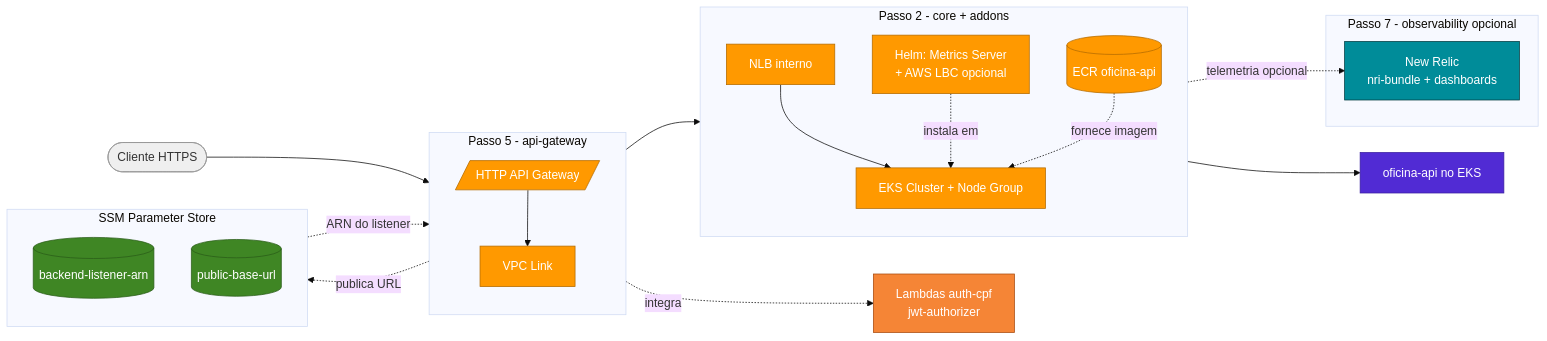
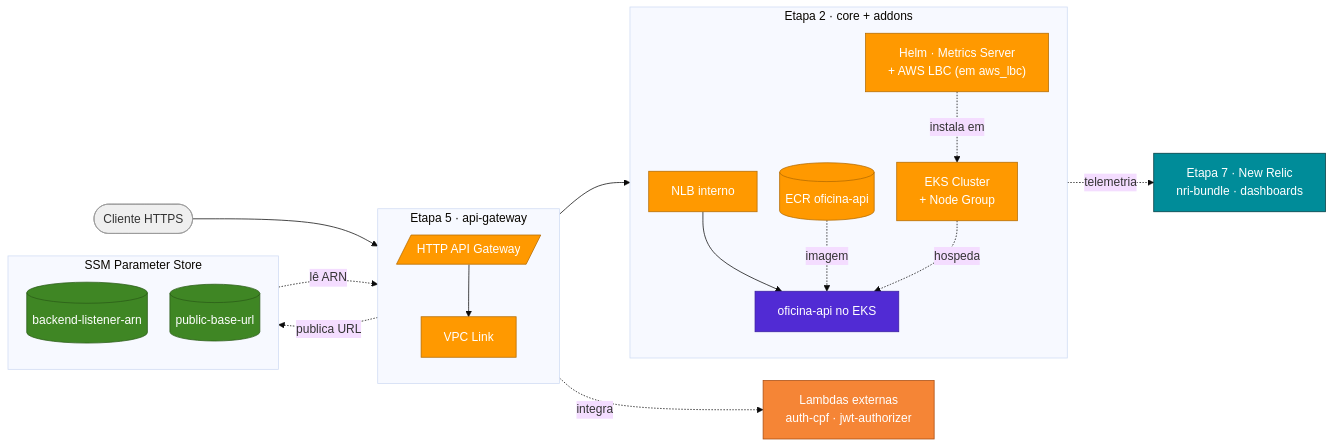
Before and after one commit to fabianorodrigues/oficina-infra-k8s: the second of 2 diagrams in README.md, drawn with Mermaid (base theme). The commit also changed other lines of this file, not shown here.

````diff
--- a/README.md
+++ b/README.md
@@ -104,50 +103,46 @@
 ```mermaid
+%%{init: {"flowchart": {"nodeSpacing": 30, "rankSpacing": 45}} }%%
 flowchart LR
     classDef k8s   fill:#FF9900,color:#fff,stroke:#B36B00
     classDef store fill:#3F8624,color:#fff,stroke:#2A5C18
     classDef obs   fill:#008C99,color:#fff,stroke:#003B40
     classDef api   fill:#512BD4,color:#fff,stroke:#3A1FA0
     classDef lmb   fill:#F58536,color:#fff,stroke:#A84B0F
     classDef ext   fill:#EFEFEF,color:#333,stroke:#999
 
     USER([Cliente HTTPS]):::ext
+    LMB["Lambdas externas<br/>auth-cpf · jwt-authorizer"]:::lmb
 
-    subgraph P5[Passo 5 - api-gateway]
+    subgraph P5["Etapa 5 · api-gateway"]
       direction TB
       HTTP[/HTTP API Gateway/]:::k8s
       VL[VPC Link]:::k8s
     end
 
-    subgraph P2[Passo 2 - core + addons]
+    subgraph P2["Etapa 2 · core + addons"]
       direction TB
-      EKS[EKS Cluster + Node Group]:::k8s
       ECR[(ECR oficina-api)]:::k8s
+      ADD["Helm · Metrics Server<br/>+ AWS LBC (em aws_lbc)"]:::k8s
+      EKS["EKS Cluster<br/>+ Node Group"]:::k8s
       NLB[NLB interno]:::k8s
-      ADD[Helm: Metrics Server<br/>+ AWS LBC opcional]:::k8s
+      API[oficina-api no EKS]:::api
     end
 
-    subgraph SSM[SSM Parameter Store]
+    subgraph SSM["SSM Parameter Store"]
       direction TB
       S1[(backend-listener-arn)]:::store
       S2[(public-base-url)]:::store
     end
 
-    API[oficina-api no EKS]:::api
-    LMB[Lambdas auth-cpf<br/>jwt-authorizer]:::lmb
-
-    subgraph P7[Passo 7 - observability opcional]
-      NR[New Relic<br/>nri-bundle + dashboards]:::obs
-    end
+    NR["Etapa 7 · New Relic<br/>nri-bundle · dashboards"]:::obs
 
     USER --> HTTP
     HTTP -. integra .-> LMB
-    HTTP --> VL
-    VL --> NLB
-    NLB --> EKS
-    EKS --> API
+    HTTP --> VL --> NLB --> API
+    ECR -. imagem .-> API
+    EKS -. hospeda .-> API
     ADD -. instala em .-> EKS
-    ECR -. fornece imagem .-> EKS
-    S1 -. ARN do listener .-> HTTP
+    S1 -. lê ARN .-> HTTP
     HTTP -. publica URL .-> S2
-    EKS -. telemetria opcional .-> NR
+    API -. telemetria .-> NR
 ```
````
